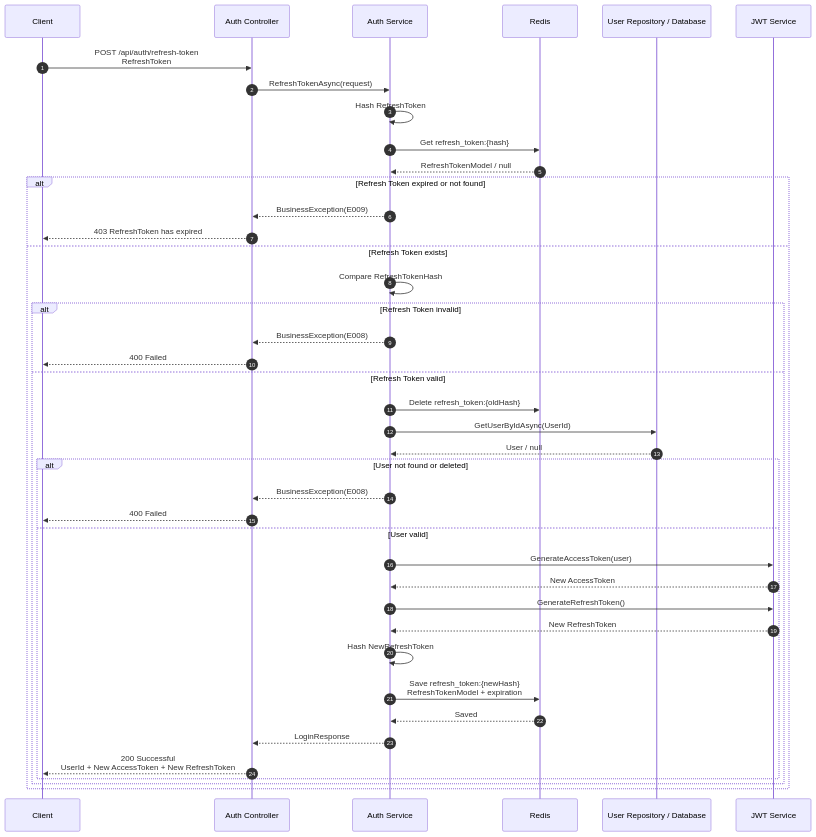
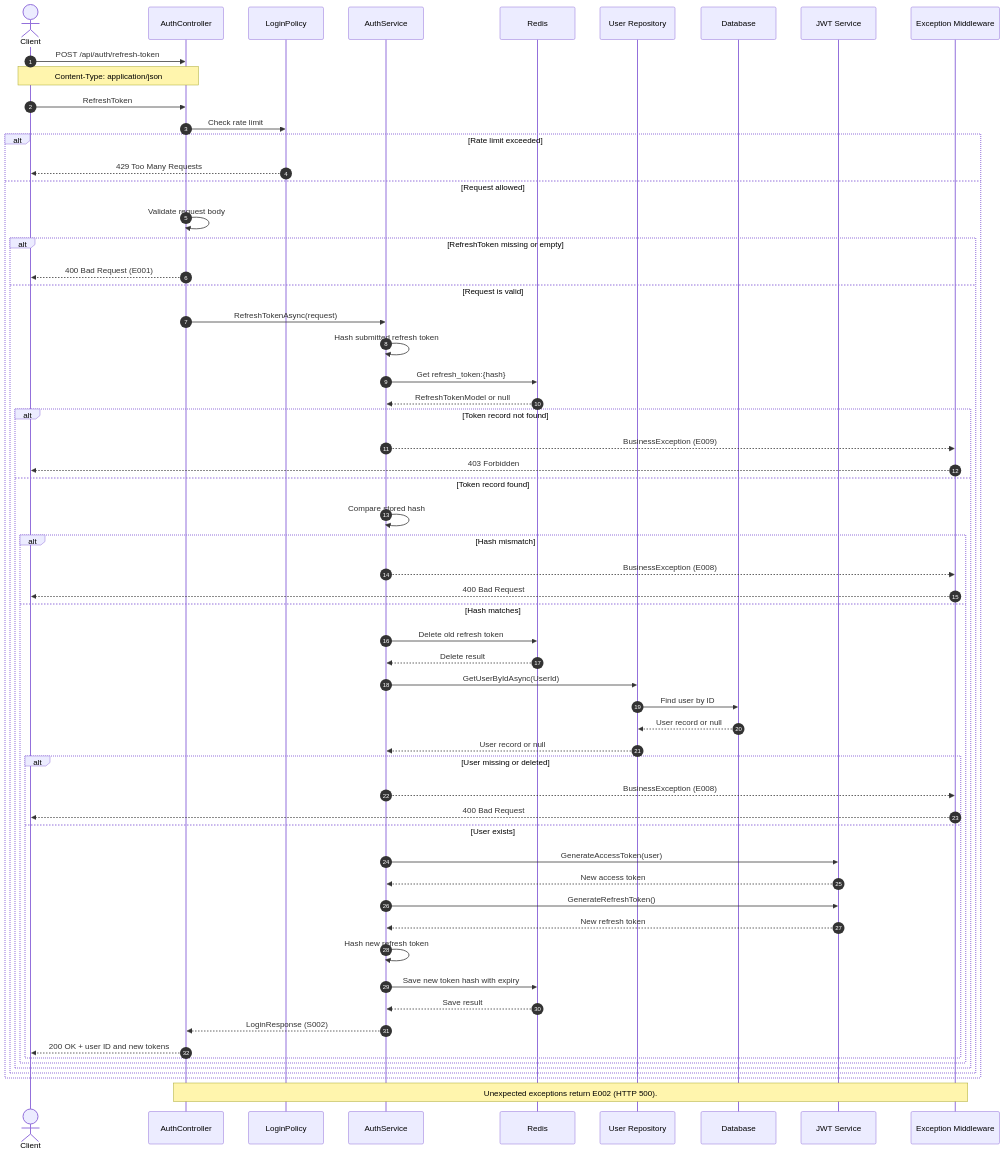
One commit to programmerHoangBao/Book-Shop changed the seventh of 7 diagrams in API-Description.md. Above: the diagram before and after it, drawn with Mermaid. The commit also changed other lines of this file, not shown here.

Commit message:
Update API-Description for Auth API

````diff
--- a/API-Description.md
+++ b/API-Description.md
@@ -1263,56 +1515,73 @@
 ```mermaid
 sequenceDiagram
     autonumber
-    participant C as Client
-    participant API as Auth Controller
-    participant S as Auth Service
-    participant R as Redis
-    participant DB as User Repository / Database
-    participant J as JWT Service
+    actor Client
+    participant API as AuthController
+    participant Limiter as LoginPolicy
+    participant Service as AuthService
+    participant Redis
+    participant UserRepo as User Repository
+    participant DB as Database
+    participant JWT as JWT Service
+    participant Middleware as Exception Middleware
 
-    C->>API: POST /api/auth/refresh-token<br/>RefreshToken
-    API->>S: RefreshTokenAsync(request)
+    Client->>API: POST /api/auth/refresh-token
+    Note over Client,API: Content-Type: application/json
+    Client->>API: RefreshToken
 
-    S->>S: Hash RefreshToken
-    S->>R: Get refresh_token:{hash}
-    R-->>S: RefreshTokenModel / null
+    API->>Limiter: Check rate limit
 
-    alt Refresh Token expired or not found
-        S-->>API: BusinessException(E009)
-        API-->>C: 403 RefreshToken has expired
-    else Refresh Token exists
+    alt Rate limit exceeded
+        Limiter-->>Client: 429 Too Many Requests
+    else Request allowed
+        API->>API: Validate request body
 
-        S->>S: Compare RefreshTokenHash
+        alt RefreshToken missing or empty
+            API-->>Client: 400 Bad Request (E001)
+        else Request is valid
+            API->>Service: RefreshTokenAsync(request)
+            Service->>Service: Hash submitted refresh token
+            Service->>Redis: Get refresh_token:{hash}
+            Redis-->>Service: RefreshTokenModel or null
 
-        alt Refresh Token invalid
-            S-->>API: BusinessException(E008)
-            API-->>C: 400 Failed
-        else Refresh Token valid
+            alt Token record not found
+                Service-->>Middleware: BusinessException (E009)
+                Middleware-->>Client: 403 Forbidden
+            else Token record found
+                Service->>Service: Compare stored hash
 
-            S->>R: Delete refresh_token:{oldHash}
+                alt Hash mismatch
+                    Service-->>Middleware: BusinessException (E008)
+                    Middleware-->>Client: 400 Bad Request
+                else Hash matches
+                    Service->>Redis: Delete old refresh token
+                    Redis-->>Service: Delete result
 
-            S->>DB: GetUserByIdAsync(UserId)
-            DB-->>S: User / null
+                    Service->>UserRepo: GetUserByIdAsync(UserId)
+                    UserRepo->>DB: Find user by ID
+                    DB-->>UserRepo: User record or null
+                    UserRepo-->>Service: User record or null
 
-            alt User not found or deleted
-                S-->>API: BusinessException(E008)
-                API-->>C: 400 Failed
-            else User valid
+                    alt User missing or deleted
+                        Service-->>Middleware: BusinessException (E008)
+                        Middleware-->>Client: 400 Bad Request
+                    else User exists
+                        Service->>JWT: GenerateAccessToken(user)
+                        JWT-->>Service: New access token
+                        Service->>JWT: GenerateRefreshToken()
+                        JWT-->>Service: New refresh token
 
-                S->>J: GenerateAccessToken(user)
-                J-->>S: New AccessToken
+                        Service->>Service: Hash new refresh token
+                        Service->>Redis: Save new token hash with expiry
+                        Redis-->>Service: Save result
 
-                S->>J: GenerateRefreshToken()
-                J-->>S: New RefreshToken
-
-                S->>S: Hash NewRefreshToken
-
-                S->>R: Save refresh_token:{newHash}<br/>RefreshTokenModel + expiration
-                R-->>S: Saved
-
-                S-->>API: LoginResponse
-                API-->>C: 200 Successful<br/>UserId + New AccessToken + New RefreshToken
+                        Service-->>API: LoginResponse (S002)
+                        API-->>Client: 200 OK + user ID and new tokens
+                    end
+                end
             end
         end
     end
+
+    Note over API,Middleware: Unexpected exceptions return E002 (HTTP 500).
 ```
````
